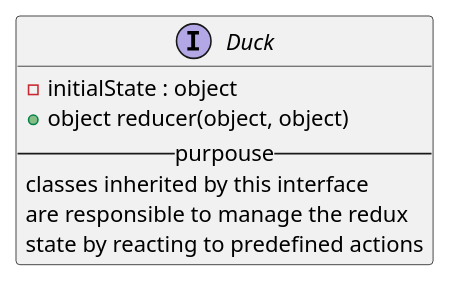
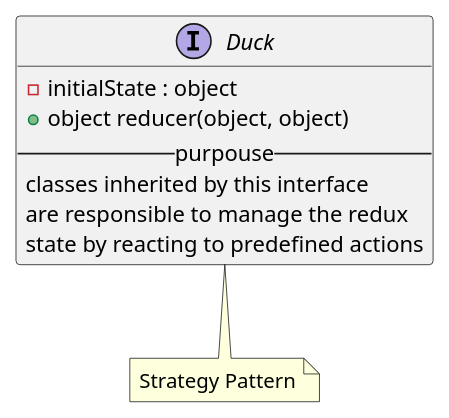
The diagram in redux/interfaces/duck.iuml (M9k/Marvin-Uml), drawn with PlantUML before and after one commit. The commit also changed 3 other files, not shown here.

```diff
--- a/redux/interfaces/duck.iuml
+++ b/redux/interfaces/duck.iuml
@@ -1,8 +1,11 @@
 interface Duck{
   - initialState : object
   + object reducer(object, object)
   -- purpouse --
   classes inherited by this interface
   are responsible to manage the redux
   state by reacting to predefined actions
 }
+note bottom of Duck
+ Strategy Pattern
+end note
```
